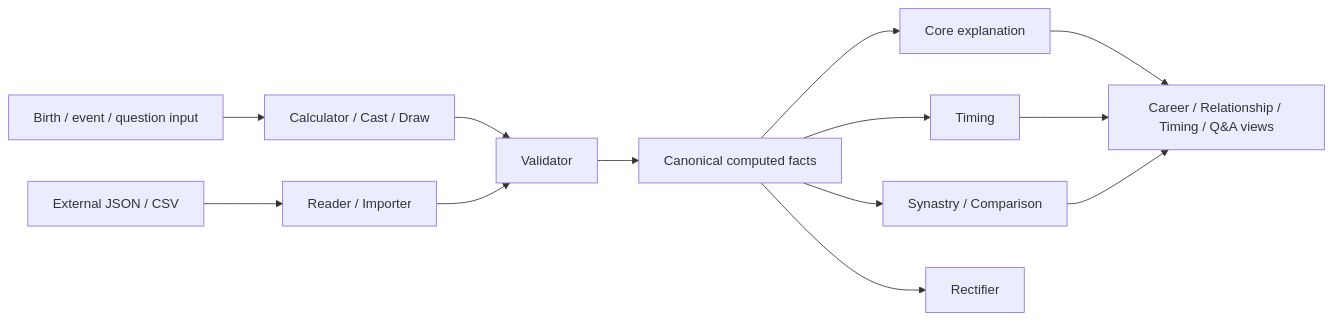
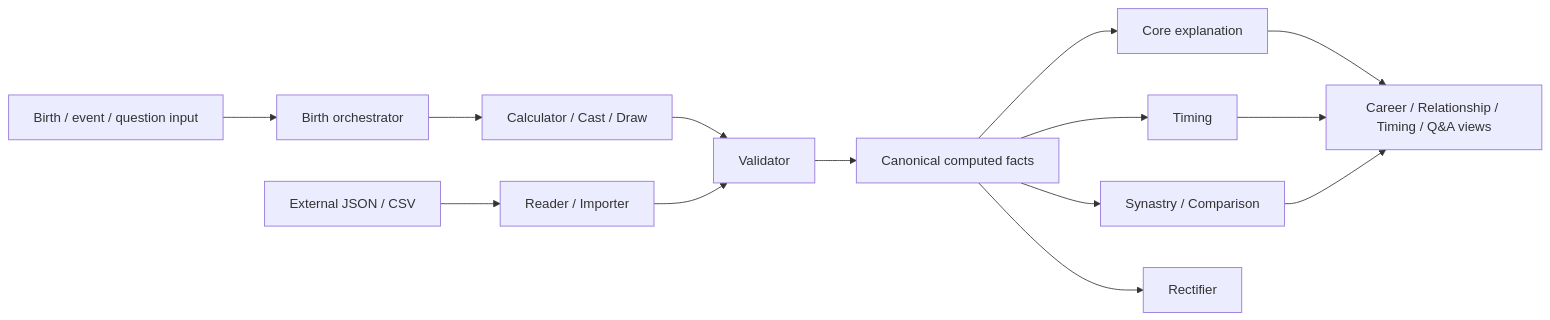
Before and after one commit to dajiaohuang/divination-skills: the diagram in README-EN.md, drawn with Mermaid. The commit also changed other lines of this file and 43 other files, not shown here.

````diff
--- a/README-EN.md
+++ b/README-EN.md
@@ -74,15 +75,16 @@
 ```mermaid
 flowchart LR
-    A["Birth / event / question input"] --> C["Calculator / Cast / Draw"]
+    A["Birth / event / question input"] --> O["Birth orchestrator"]
+    O --> C["Calculator / Cast / Draw"]
     B["External JSON / CSV"] --> R["Reader / Importer"]
     C --> V["Validator"]
     R --> V
     V --> F["Canonical computed facts"]
     F --> K["Core explanation"]
     F --> T["Timing"]
     F --> S["Synastry / Comparison"]
     F --> X["Rectifier"]
     K --> P["Career / Relationship / Timing / Q&A views"]
     T --> P
     S --> P
 ```
````
